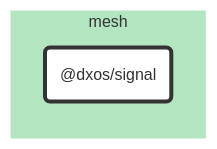
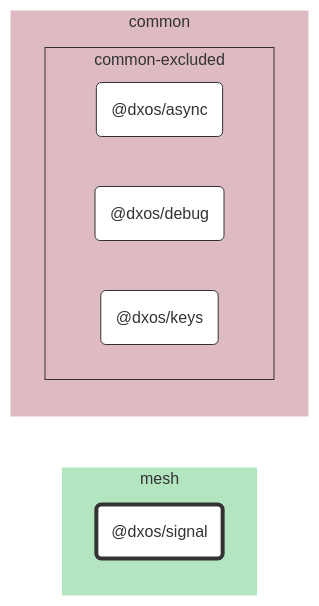
The diagram in packages/mesh/signal/docs/README.md (dxos/dxos), drawn with Mermaid before and after one commit. The commit also changed 69 other files, not shown here.

````diff
--- a/packages/mesh/signal/docs/README.md
+++ b/packages/mesh/signal/docs/README.md
@@ -7,20 +7,34 @@
 ```mermaid
 %%{ init: {'flowchart':{'curve':'basis'}} }%%
 
 flowchart LR
 
 %% Classes
 classDef def fill:#fff,stroke:#333,stroke-width:1px
 classDef root fill:#fff,stroke:#333,stroke-width:4px
 
 %% Nodes
 
 subgraph mesh [mesh]
   style mesh fill:#b3e6c0,stroke:#fff
   dxos/signal("@dxos/signal"):::root
   click dxos/signal "dxos/dxos/tree/main/packages/mesh/signal/docs"
 end
 
+subgraph common [common]
+  style common fill:#debac2,stroke:#fff
+
+  subgraph common-excluded [common-excluded]
+    style common-excluded fill:#debac2,stroke:#333,stroke-dashed:5 5
+    dxos/async("@dxos/async"):::def
+    click dxos/async "dxos/dxos/tree/main/packages/common/async/docs"
+    dxos/debug("@dxos/debug"):::def
+    click dxos/debug "dxos/dxos/tree/main/packages/common/debug/docs"
+    dxos/keys("@dxos/keys"):::def
+    click dxos/keys "dxos/dxos/tree/main/packages/common/keys/docs"
+  end
+end
+
 %% Links
 linkStyle default stroke:#333,stroke-width:1px
 ```
````
